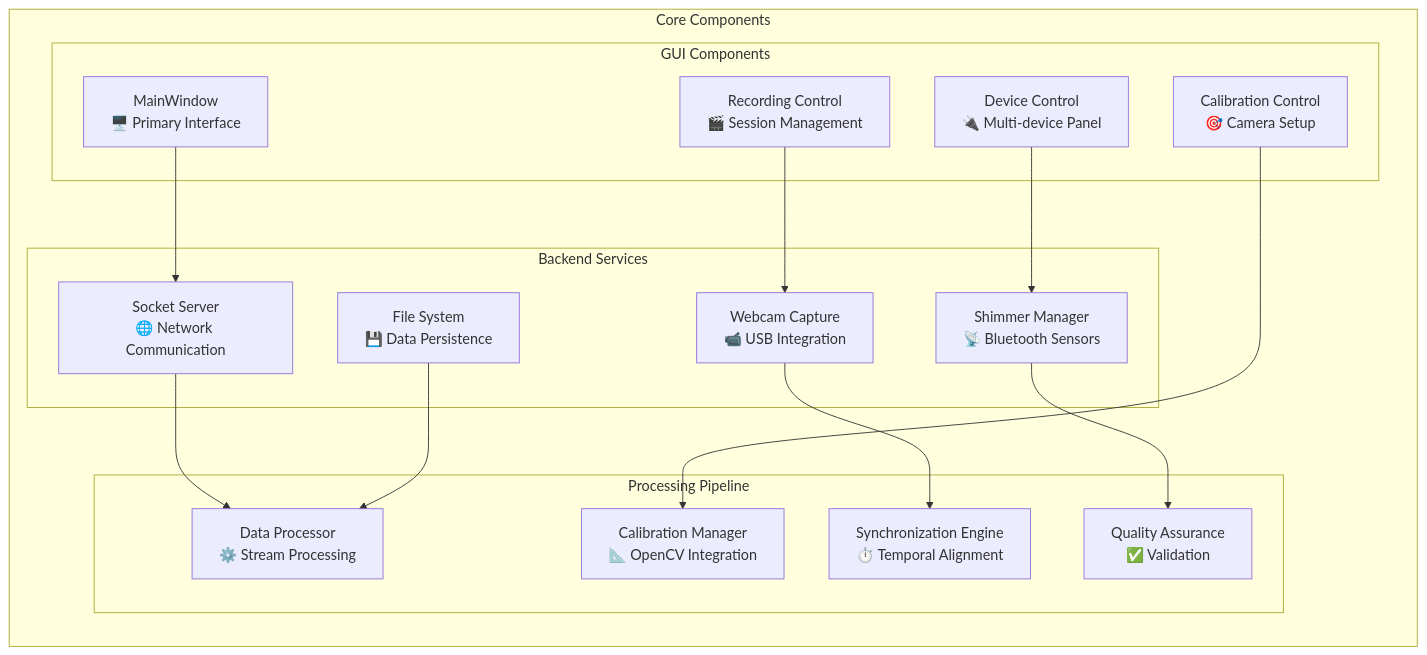
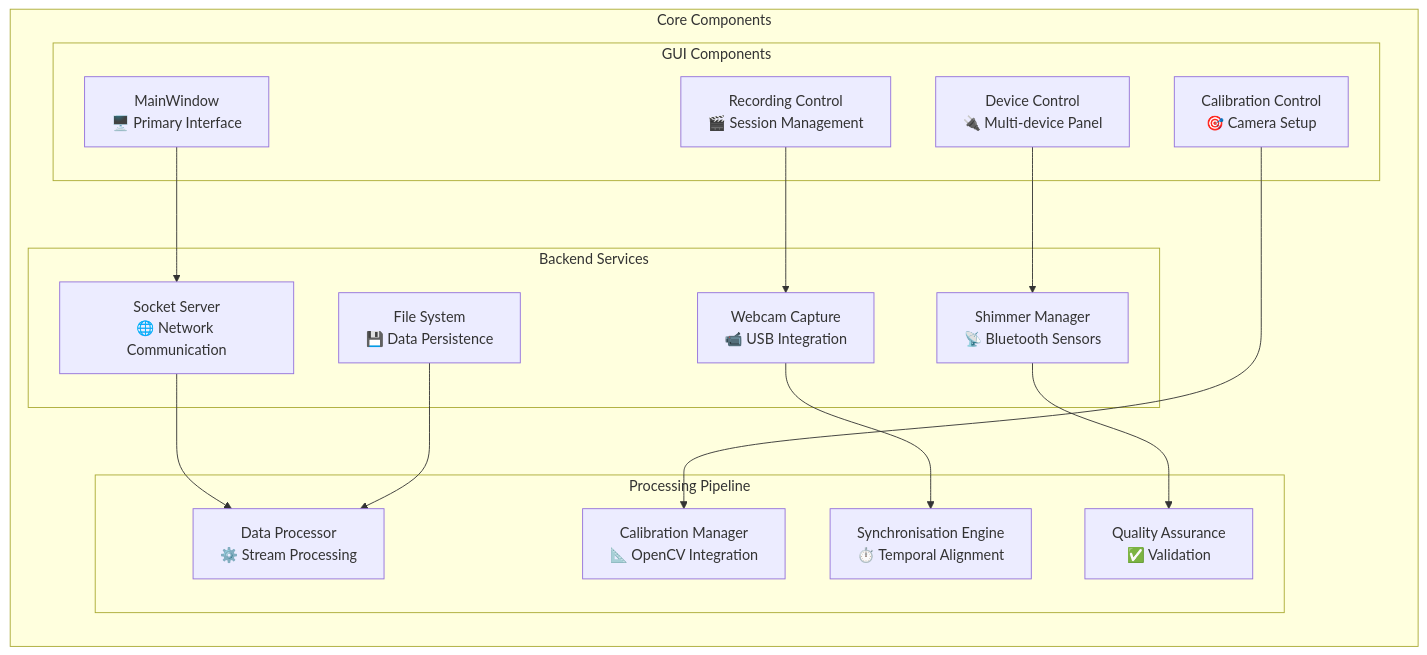
The second of 11 diagrams in PythonApp/README.md (buccancs/fyp-multi-sensor-recording-system), drawn with Mermaid before and after one commit. The commit also changed other lines of this file and 56 other files, not shown here.

````diff
--- a/PythonApp/README.md
+++ b/PythonApp/README.md
@@ -124,35 +124,35 @@
 ```mermaid
 graph LR
     subgraph "Core Components"
         subgraph "GUI Components"
             MW[MainWindow<br/>🖥️ Primary Interface]
             RC[Recording Control<br/>🎬 Session Management]
             DC[Device Control<br/>🔌 Multi-device Panel]
             CC[Calibration Control<br/>🎯 Camera Setup]
         end
         
         subgraph "Backend Services"
             SS[Socket Server<br/>🌐 Network Communication]
             WC[Webcam Capture<br/>📹 USB Integration]
             SM[Shimmer Manager<br/>📡 Bluetooth Sensors]
             FS[File System<br/>💾 Data Persistence]
         end
         
         subgraph "Processing Pipeline"
             DP[Data Processor<br/>⚙️ Stream Processing]
-            SE[Synchronization Engine<br/>⏱️ Temporal Alignment]
+            SE[Synchronisation Engine<br/>⏱️ Temporal Alignment]
             CM[Calibration Manager<br/>📐 OpenCV Integration]
             QA[Quality Assurance<br/>✅ Validation]
         end
         
         MW --> SS
         RC --> WC
         DC --> SM
         CC --> CM
         
         SS --> DP
         WC --> SE
         SM --> QA
         FS --> DP
     end
 ```
````
